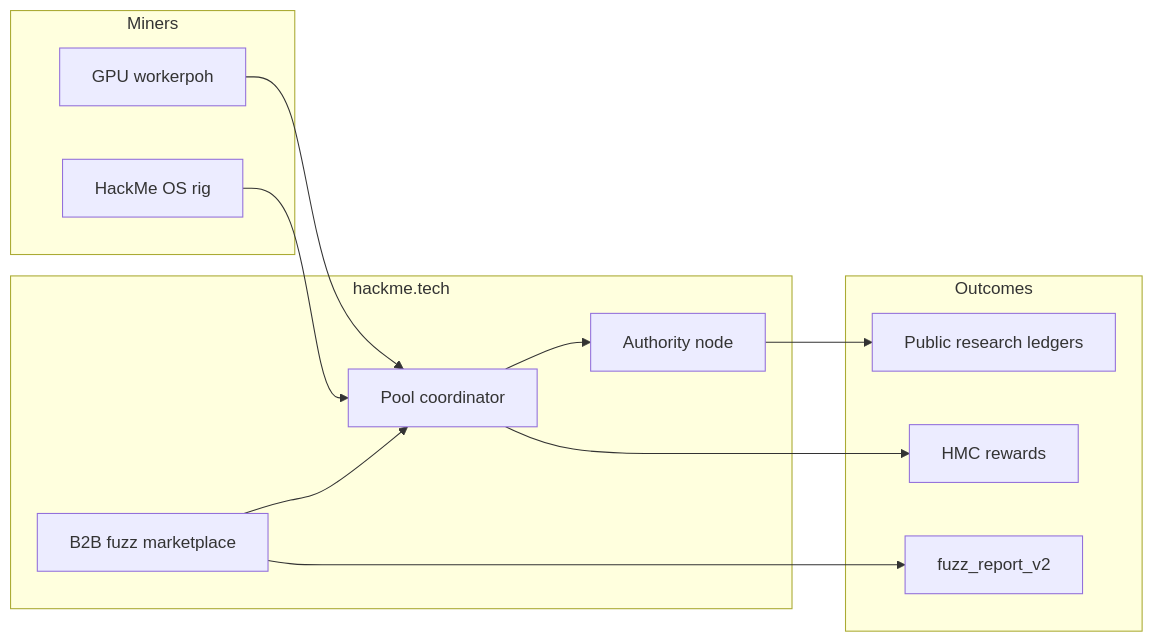
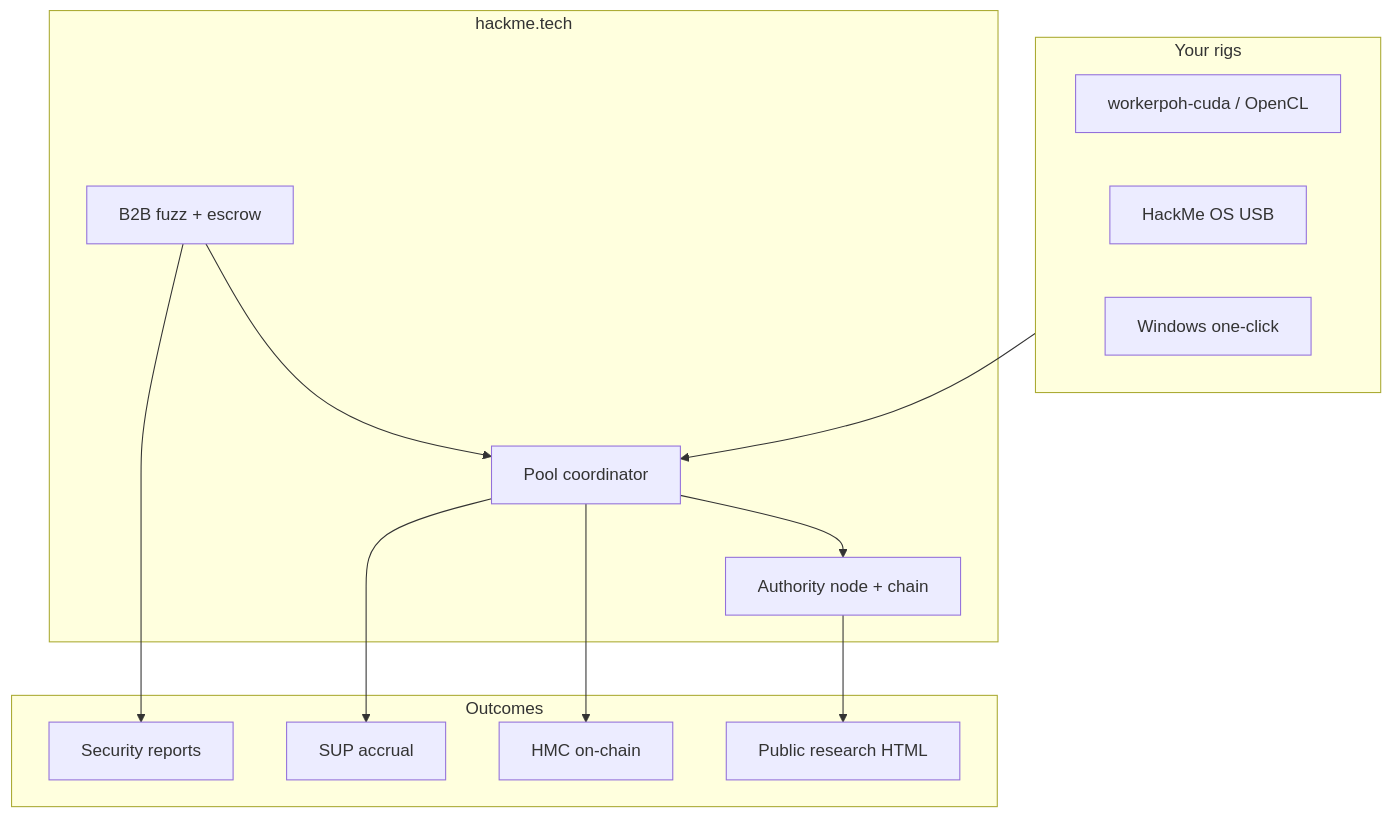
One commit to jokeez/hackme changed the diagram in README.md. Above: the diagram before and after it, drawn with Mermaid. The commit also changed other lines of this file and 10 other files, not shown here.

````diff
--- a/README.md
+++ b/README.md
@@ -45,24 +53,26 @@
 ```mermaid
-flowchart LR
-  subgraph miners["Miners"]
-    GPU["GPU workerpoh"]
-    ISO["HackMe OS rig"]
+flowchart TB
+  subgraph rigs["Your rigs"]
+    GPU["workerpoh-cuda / OpenCL"]
+    ISO["HackMe OS USB"]
+    WIN["Windows one-click"]
   end
   subgraph hub["hackme.tech"]
     COORD["Pool coordinator"]
-    NODE["Authority node"]
-    FUZZ["B2B fuzz marketplace"]
+    NODE["Authority node + chain"]
+    FUZZ["B2B fuzz + escrow"]
   end
-  subgraph outcomes["Outcomes"]
-    HMC["HMC rewards"]
-    REPORT["fuzz_report_v2"]
-    RESEARCH["Public research ledgers"]
+  subgraph value["Outcomes"]
+    HMC["HMC on-chain"]
+    SUP["SUP accrual"]
+    RPT["Security reports"]
+    LEDGER["Public research HTML"]
   end
-  GPU --> COORD
-  ISO --> COORD
+  rigs --> COORD
   COORD --> NODE
   FUZZ --> COORD
   COORD --> HMC
-  FUZZ --> REPORT
-  NODE --> RESEARCH
+  COORD --> SUP
+  FUZZ --> RPT
+  NODE --> LEDGER
 ```
````
